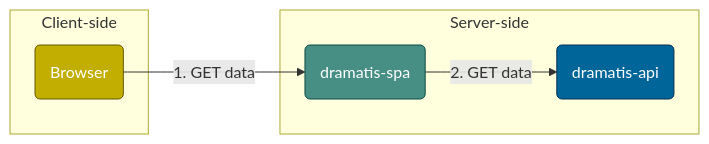
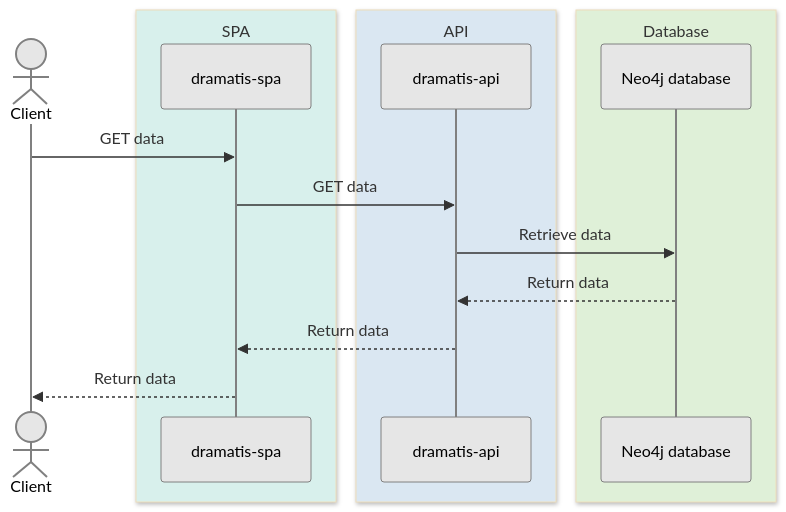
The diagram in README.md (andygout/dramatis-spa), drawn with Mermaid before and after one commit.

Commit message:
Convert architecture diagram from flowchart to sequence diagram

````diff
--- a/README.md
+++ b/README.md
@@ -23,29 +23,38 @@
 ```mermaid
-flowchart LR
-	%% Containers and components
-	subgraph CLIENT_SIDE[Client-side]
-		BROWSER(Browser)
-	end
+---
+config:
+  theme: base
+  themeVariables:
+    actorBkg: "#E6E6E6"
+    actorBorder: "#808080"
+    actorTextColor: "#000000"
+---
+sequenceDiagram
+  %% Components and grouping boxes
+  actor CLIENT as Client
 
-	subgraph SERVER_SIDE[Server-side]
-		DRAMATIS_API(dramatis-api)
-		DRAMATIS_SPA(dramatis-spa)
-	end
+  box rgb(216, 240, 236) SPA
+    participant DRAMATIS_SPA as dramatis-spa
+  end
 
-	%% Relationships
-	BROWSER -- 1. GET data --> DRAMATIS_SPA
+  box rgb(218, 231, 242) API
+    participant DRAMATIS_API as dramatis-api
+  end
 
-	DRAMATIS_SPA -- 2. GET data --> DRAMATIS_API
+  box rgb(223, 240, 216) Database
+    participant NEO4J_DATABASE as Neo4j database
+  end
 
-	%% Style Definitions
-	classDef browser fill:#c2ad01,stroke:#625800,color:#FFFFFF
+  %% Relationships
+  CLIENT ->> DRAMATIS_SPA: GET data
 
-	classDef dramatisSpa fill:#478e84,stroke:#094a40,color:#FFFFFF
+  DRAMATIS_SPA ->> DRAMATIS_API: GET data
 
-	classDef dramatisApi fill:#006699,stroke:#042c53,color:#FFFFFF
+  DRAMATIS_API ->> NEO4J_DATABASE: Retrieve data
 
-	%% Apply Styles
-	class DRAMATIS_API dramatisApi
-	class DRAMATIS_SPA dramatisSpa
-	class BROWSER browser
+  NEO4J_DATABASE -->> DRAMATIS_API: Return data
+
+  DRAMATIS_API -->> DRAMATIS_SPA: Return data
+
+  DRAMATIS_SPA -->> CLIENT: Return data
 ```
````
